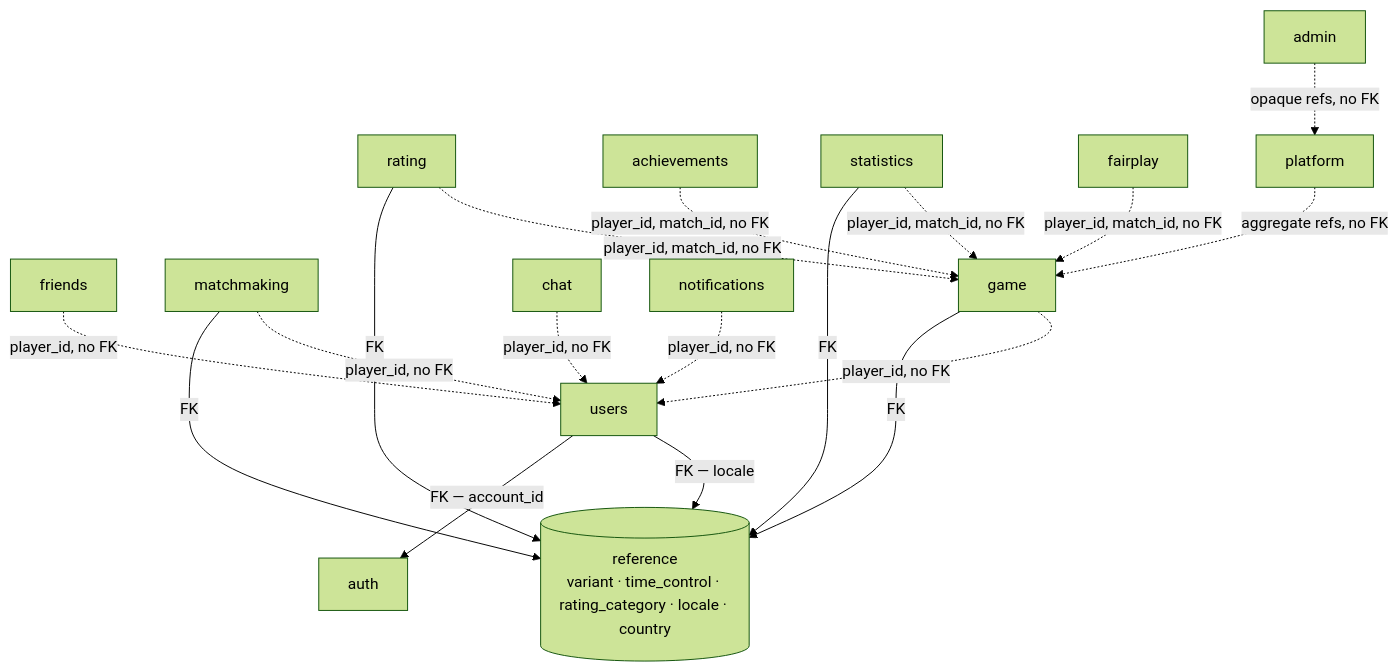
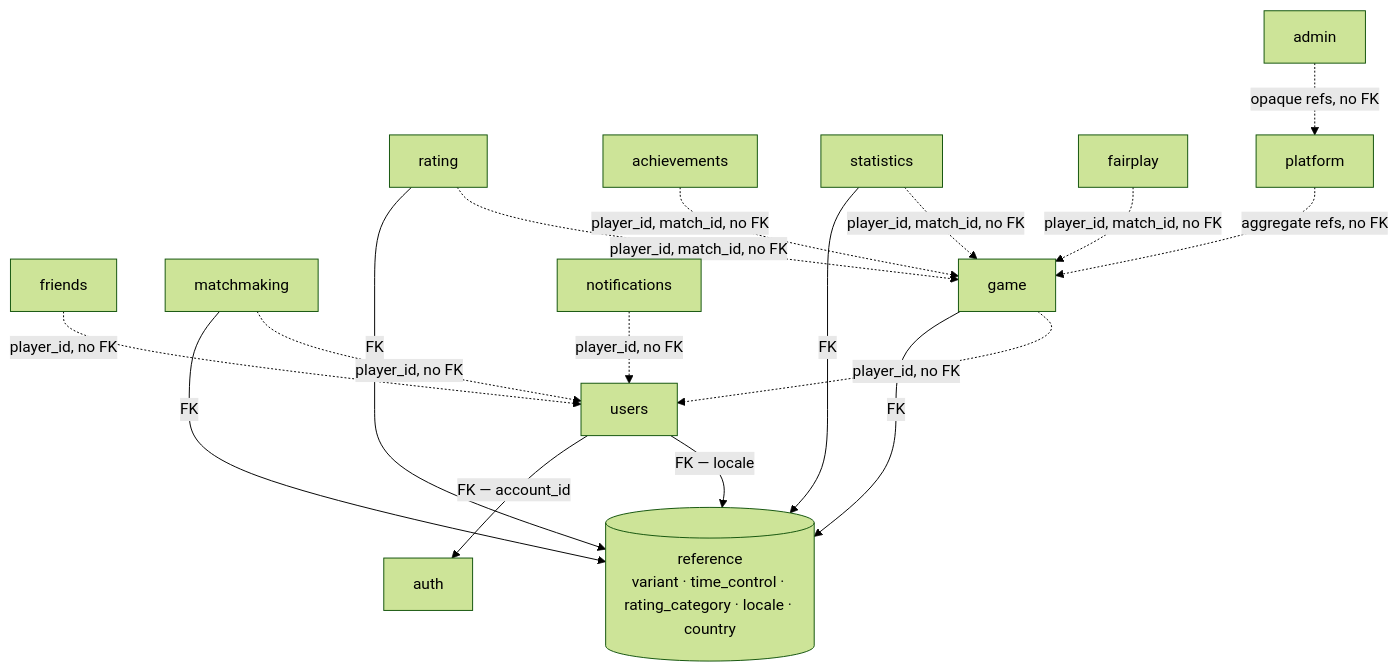
One commit to shohruh-yuldashov/arena64 changed the first of 6 diagrams in docs/01-architecture/database.md. Above: the diagram before and after it, drawn with Mermaid (forest theme). The commit also changed other lines of this file and 12 other files, not shown here.

````diff
--- a/docs/01-architecture/database.md
+++ b/docs/01-architecture/database.md
@@ -239,37 +239,35 @@
 ```mermaid
 flowchart TB
     REF[("reference<br/>variant · time_control · rating_category · locale · country")]
 
     AUTH["auth"]
     USERS["users"]
     FRIENDS["friends"]
     MM["matchmaking"]
     GAME["game"]
     RATE["rating"]
     ACH["achievements"]
     STAT["statistics"]
-    CHAT["chat"]
     NOTIF["notifications"]
     FAIR["fairplay"]
     ADMIN["admin"]
     PLAT["platform"]
 
     USERS -->|"FK — account_id"| AUTH
     GAME -->|"FK"| REF
     MM -->|"FK"| REF
     RATE -->|"FK"| REF
     STAT -->|"FK"| REF
     USERS -->|"FK — locale"| REF
 
     FRIENDS -.->|"player_id, no FK"| USERS
     MM -.->|"player_id, no FK"| USERS
     GAME -.->|"player_id, no FK"| USERS
     RATE -.->|"player_id, match_id, no FK"| GAME
     ACH -.->|"player_id, match_id, no FK"| GAME
     STAT -.->|"player_id, match_id, no FK"| GAME
-    CHAT -.->|"player_id, no FK"| USERS
     NOTIF -.->|"player_id, no FK"| USERS
     FAIR -.->|"player_id, match_id, no FK"| GAME
     ADMIN -.->|"opaque refs, no FK"| PLAT
     PLAT -.->|"aggregate refs, no FK"| GAME
 ```
````
